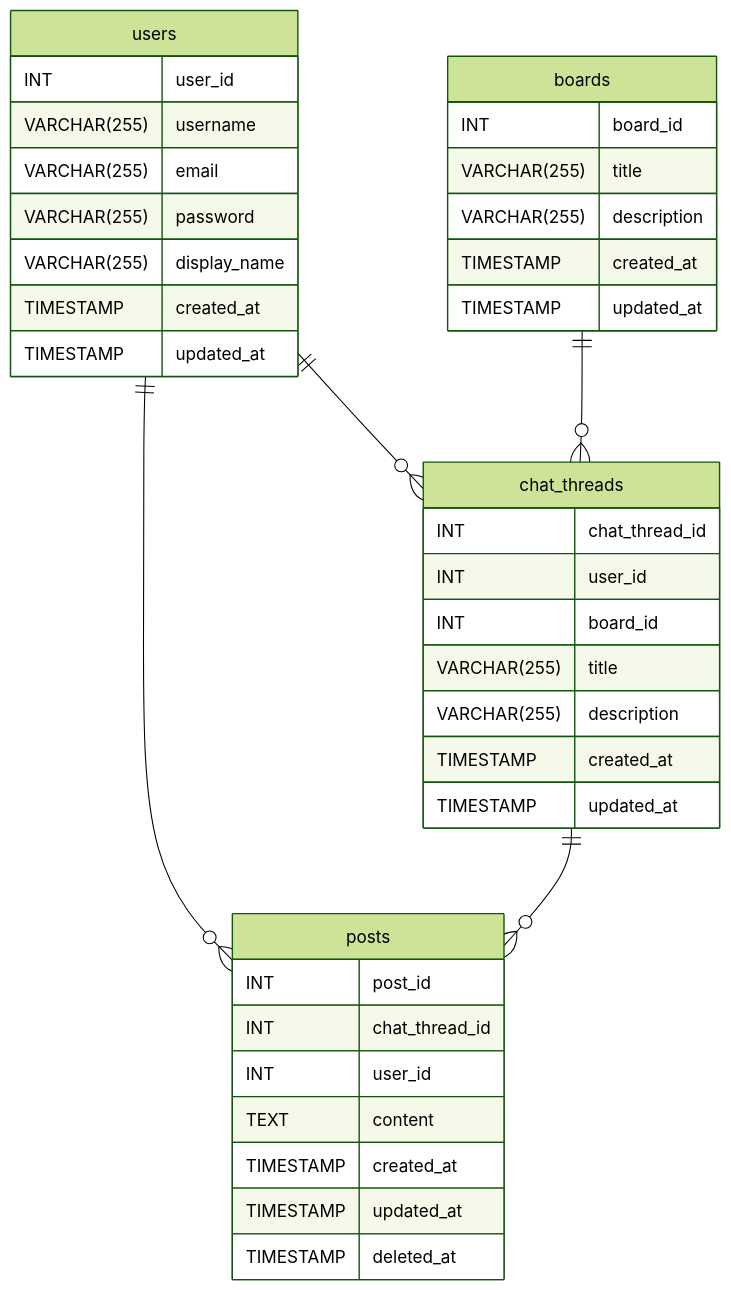
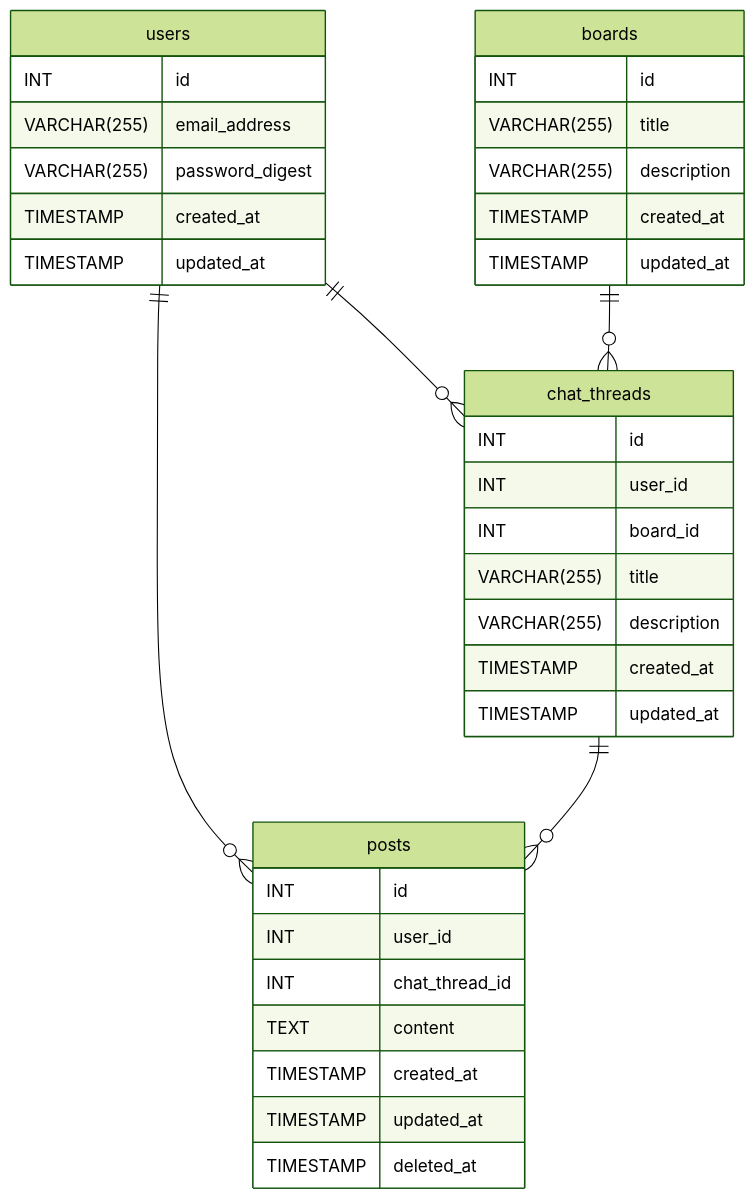
Before and after one commit to tsuji-108/pub_rails_practice: the diagram in docs/DATABASE.md, drawn with Mermaid (forest theme). The commit also changed other lines of this file and 9 other files, not shown here.

````diff
--- a/docs/DATABASE.md
+++ b/docs/DATABASE.md
@@ -14,46 +14,44 @@
 ```mermaid
 erDiagram
 users {
-  INT          user_id
-  VARCHAR(255) username
-  VARCHAR(255) email
-  VARCHAR(255) password
-  VARCHAR(255) display_name
+  INT          id
+  VARCHAR(255) email_address
+  VARCHAR(255) password_digest
   TIMESTAMP    created_at
   TIMESTAMP    updated_at
 }
 
 boards {
-  INT          board_id
+  INT          id
   VARCHAR(255) title
   VARCHAR(255) description
   TIMESTAMP    created_at
   TIMESTAMP    updated_at
 }
 
 chat_threads {
-  INT          chat_thread_id
+  INT          id
   INT          user_id
   INT          board_id
   VARCHAR(255) title
   VARCHAR(255) description
   TIMESTAMP    created_at
   TIMESTAMP    updated_at
 }
 
 posts {
-  INT       post_id
+  INT       id
+  INT       user_id
   INT       chat_thread_id
-  INT       user_id
   TEXT      content
   TIMESTAMP created_at
   TIMESTAMP updated_at
   TIMESTAMP deleted_at
 }
 
 users ||--o{ chat_threads : ""
 users ||--o{ posts : ""
 
 boards ||--o{ chat_threads : ""
 chat_threads ||--o{ posts : ""
 ```
````
